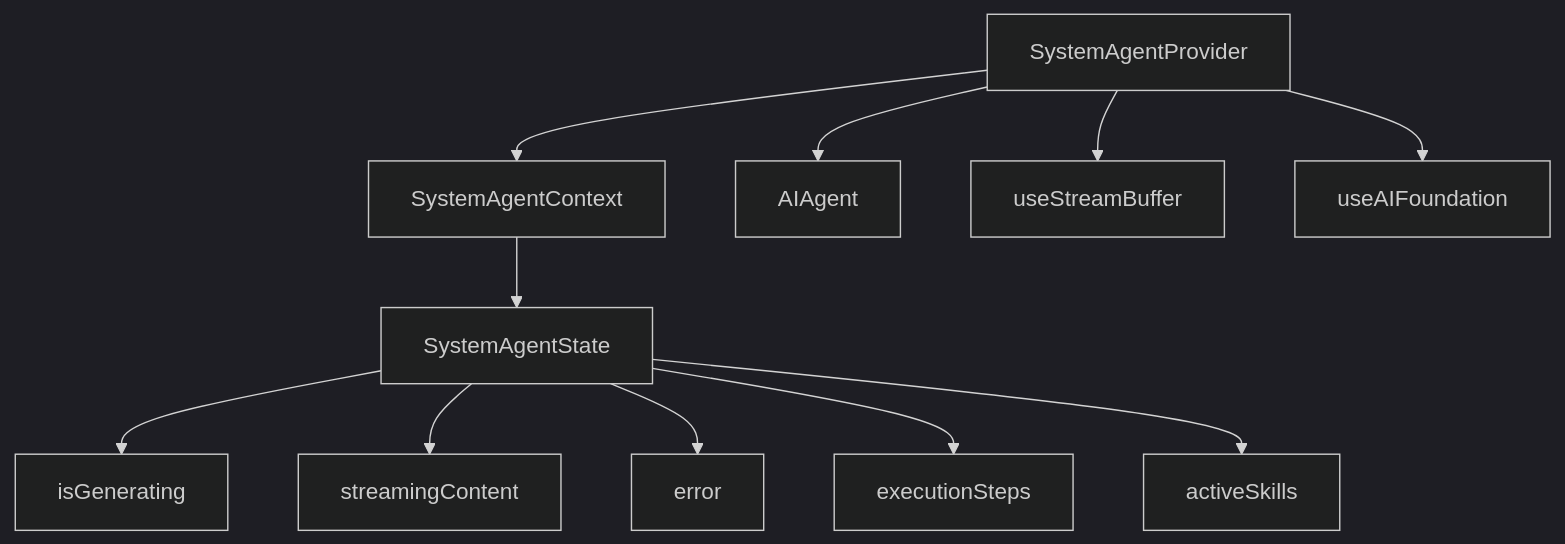
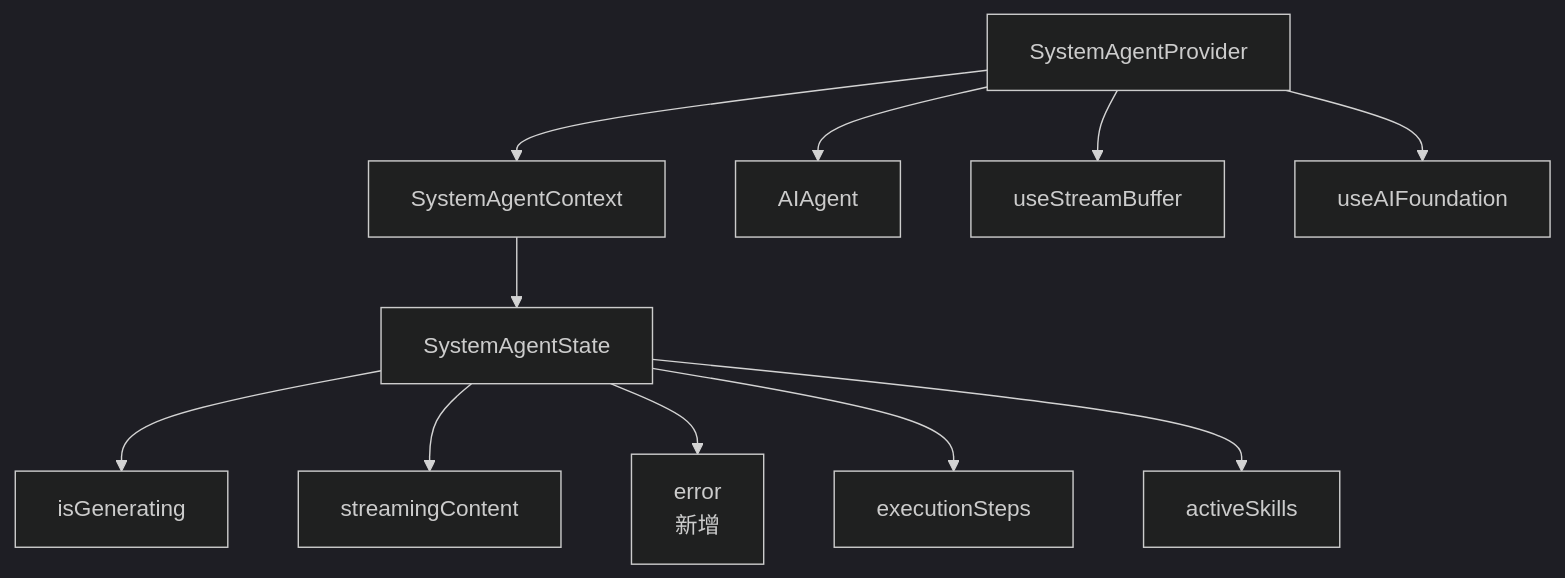
One commit to LRF0422/Kotion changed the eighth of 17 diagrams in .qoder/repowiki/zh/content/功能模块/AI插件/AI聊天界面.md. Above: the diagram before and after it, drawn with Mermaid (dark theme). The commit also changed other lines of this file and 34 other files, not shown here.

````diff
--- a/.qoder/repowiki/zh/content/功能模块/AI插件/AI聊天界面.md
+++ b/.qoder/repowiki/zh/content/功能模块/AI插件/AI聊天界面.md
@@ -443,13 +472,13 @@
 ```mermaid
 flowchart TD
 Provider["SystemAgentProvider"] --> Context["SystemAgentContext"]
 Context --> State["SystemAgentState"]
 State --> IsGenerating["isGenerating"]
 State --> StreamingContent["streamingContent"]
-State --> Error["error"]
+State --> Error["error<br/>新增"]
 State --> ExecutionSteps["executionSteps"]
 State --> ActiveSkills["activeSkills"]
 Provider --> Agent["AIAgent"]
 Provider --> StreamBuffer["useStreamBuffer"]
 Provider --> Foundation["useAIFoundation"]
 ```
````
